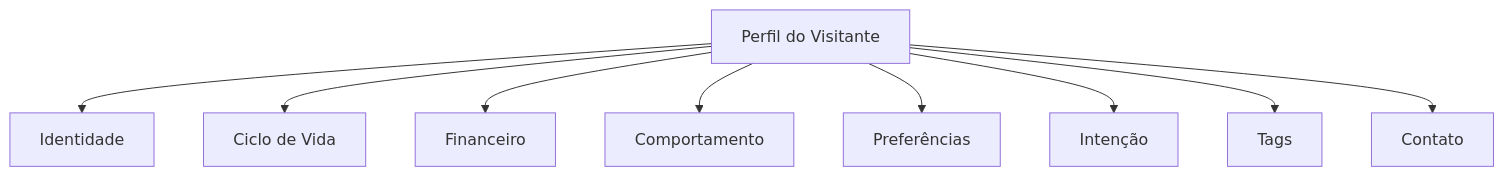
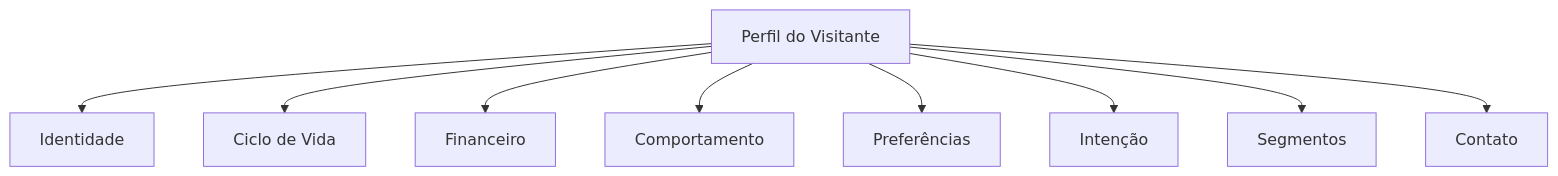
One commit to sendspeed0/docs changed the diagram in plataforma/ontologia.mdx. Above: the diagram before and after it, drawn with Mermaid. The commit also changed other lines of this file and 7 other files, not shown here.

````diff
--- a/plataforma/ontologia.mdx
+++ b/plataforma/ontologia.mdx
@@ -19,11 +17,11 @@
 ```mermaid
 flowchart TD
     P[Perfil do Visitante] --> ID[Identidade]
     P --> LC[Ciclo de Vida]
     P --> FI[Financeiro]
     P --> CO[Comportamento]
     P --> PR[Preferências]
     P --> IN[Intenção]
-    P --> TG[Tags]
+    P --> SG[Segmentos]
     P --> CT[Contato]
 ```
````
